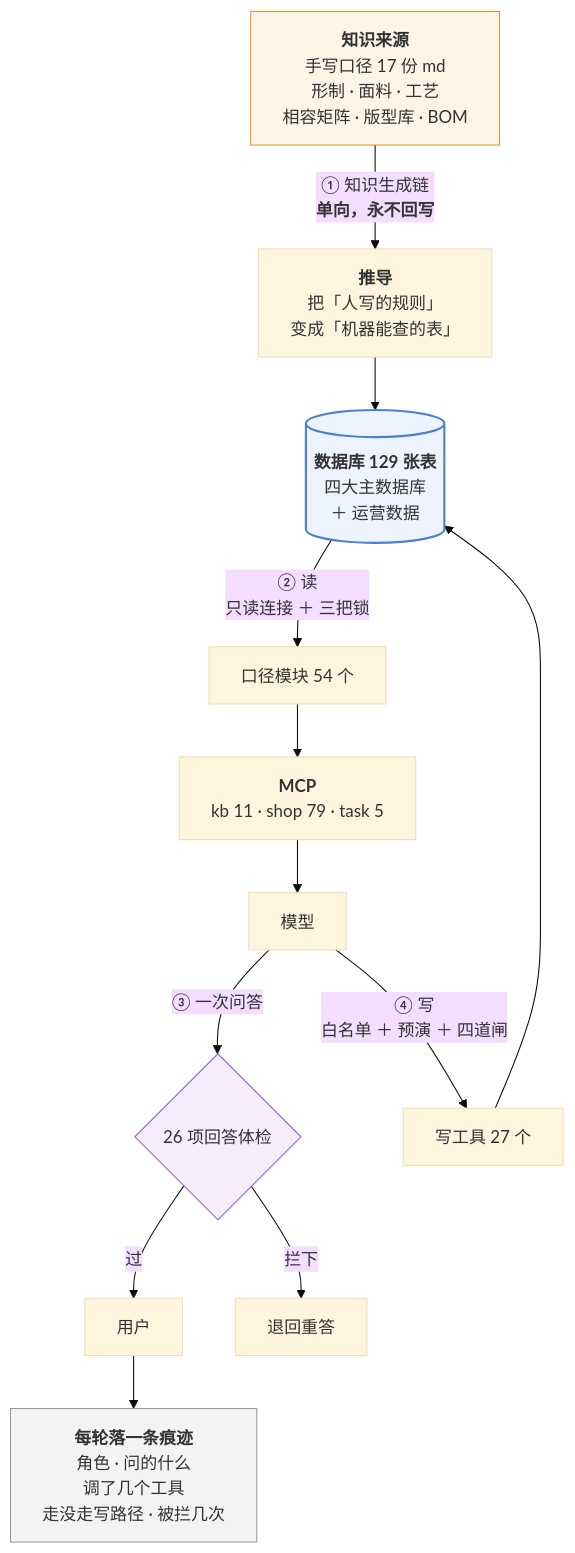
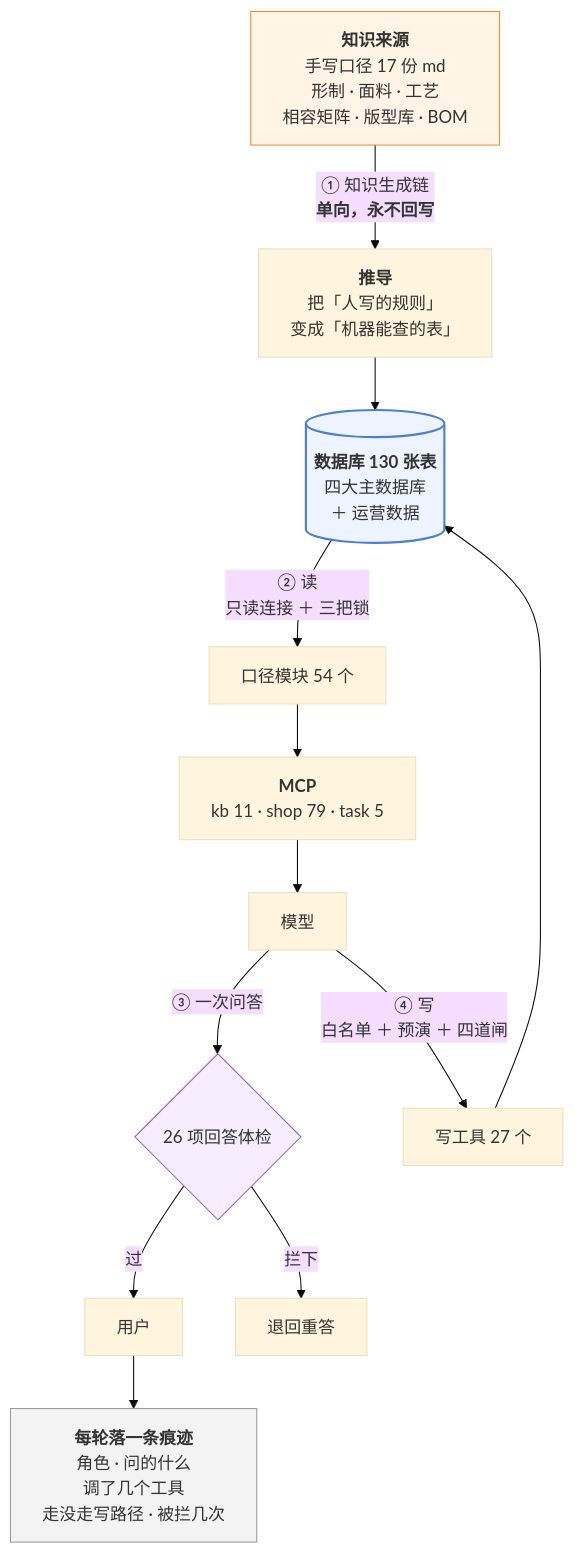
Before and after one commit to 843773296-rgb/lanxiu-yunshang-agent: the third of 3 diagrams in 澜绣云裳agent-产品说明.md, drawn with Mermaid (base theme). The commit also changed other lines of this file and 16 other files, not shown here.

````diff
--- a/澜绣云裳agent-产品说明.md
+++ b/澜绣云裳agent-产品说明.md
@@ -1004,24 +1004,24 @@
 ```mermaid
 flowchart TD
     MD["<b>知识来源</b><br/>手写口径 17 份 md<br/>形制 · 面料 · 工艺<br/>相容矩阵 · 版型库 · BOM"]
     MD -->|"① 知识生成链<br/><b>单向，永不回写</b>"| DV["<b>推导</b><br/>把「人写的规则」<br/>变成「机器能查的表」"]
-    DV --> DB[("<b>数据库 129 张表</b><br/>四大主数据库<br/>＋ 运营数据")]
+    DV --> DB[("<b>数据库 130 张表</b><br/>四大主数据库<br/>＋ 运营数据")]
 
     DB -->|"② 读<br/>只读连接 ＋ 三把锁"| KJ["口径模块 54 个"]
     KJ --> MCP["<b>MCP</b><br/>kb 11 · shop 79 · task 5"]
     MCP --> LLM["模型"]
 
     LLM -->|"③ 一次问答"| GD{"26 项回答体检"}
     GD -- 过 --> U["用户"]
     GD -- 拦下 --> RE["退回重答"]
 
     LLM -->|"④ 写<br/>白名单 ＋ 预演 ＋ 四道闸"| W["写工具 27 个"]
     W --> DB
 
     U --> TR["<b>每轮落一条痕迹</b><br/>角色 · 问的什么<br/>调了几个工具<br/>走没走写路径 · 被拦几次"]
 
     style MD fill:#fff4e6,stroke:#e8912d
     style DB fill:#eef4ff,stroke:#4a7fd4,stroke-width:2px
     style GD fill:#f6eeff,stroke:#8b5cd6
     style TR fill:#f3f3f3,stroke:#999
 ```
````
